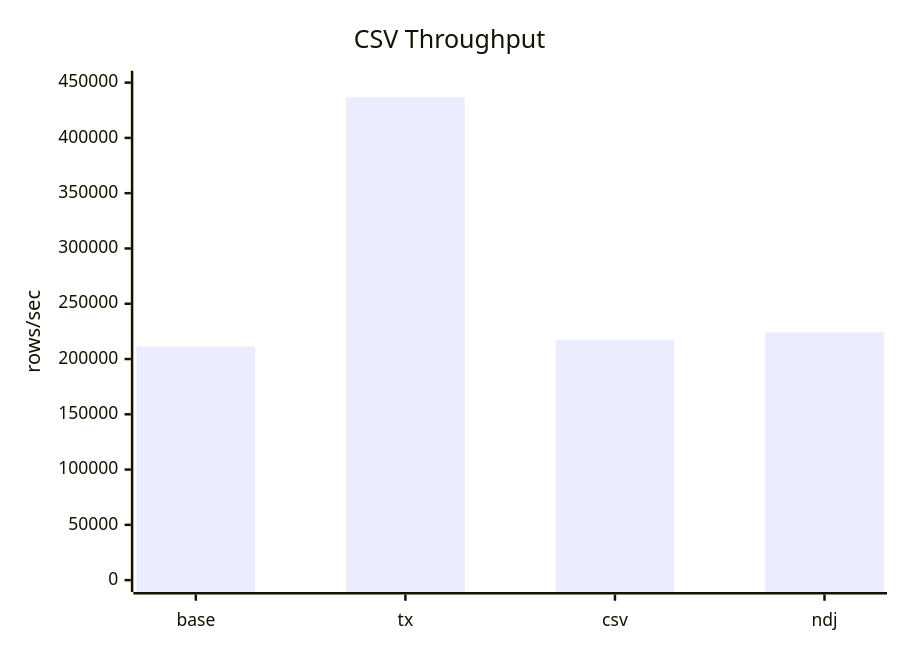
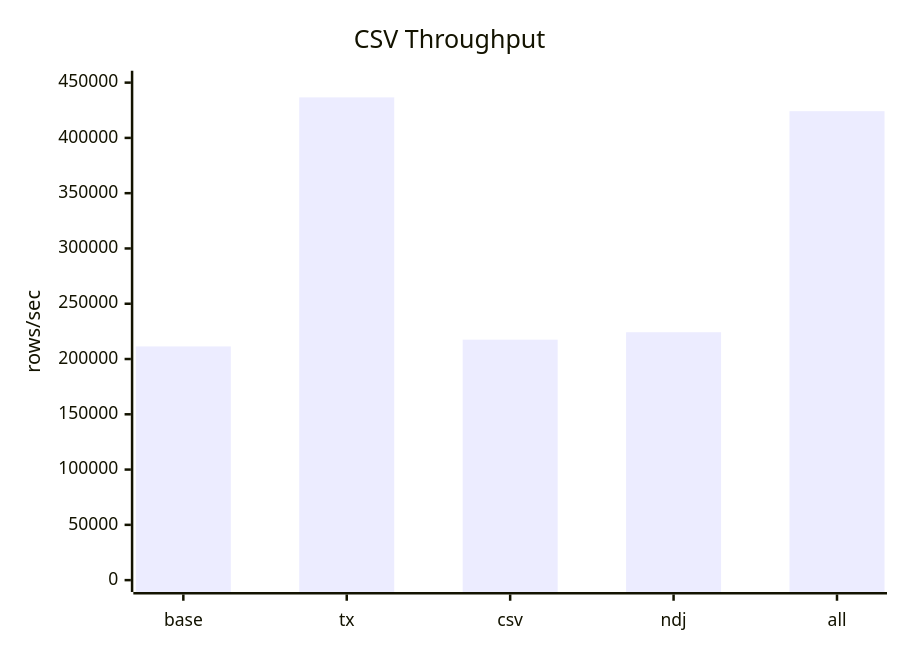
One commit to Raynhardt-Van-Zyl/noda-interview changed the fifth of 6 diagrams in METRICS.md. Above: the diagram before and after it, drawn with Mermaid. The commit also changed other lines of this file, not shown here.

````diff
--- a/METRICS.md
+++ b/METRICS.md
@@ -101,7 +104,7 @@
 ```mermaid
 xychart-beta
     title "CSV Throughput"
-    x-axis ["base", "tx", "csv", "ndj"]
+    x-axis ["base", "tx", "csv", "ndj", "all"]
     y-axis "rows/sec" 0 --> 450000
-    bar [211363, 436661, 217488, 224214]
+    bar [211363, 436661, 217488, 224214, 424163]
 ```
````
